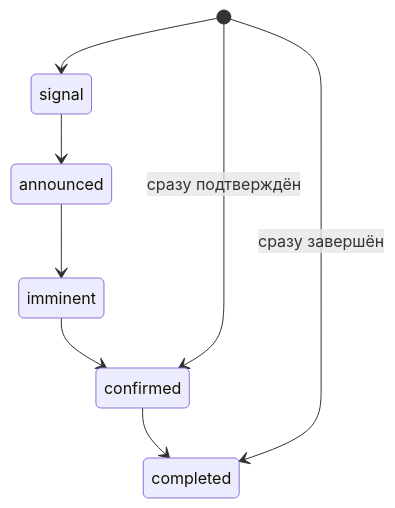
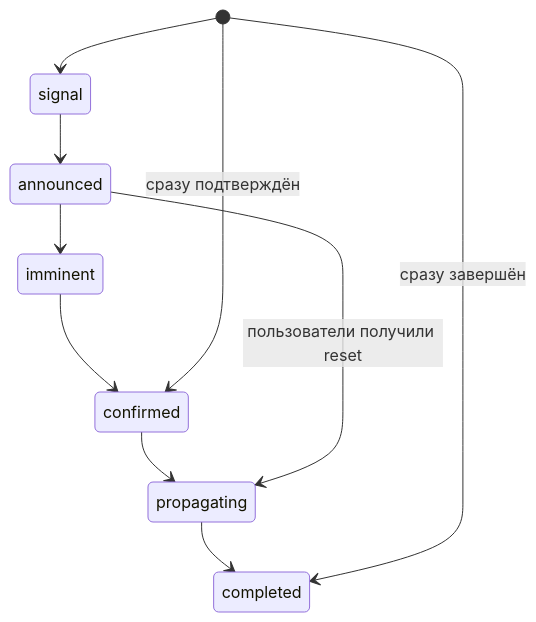
The second of 2 diagrams in docs/ADR-001.md (golosoman/codex-reset-watcher), drawn with Mermaid before and after one commit. The commit also changed other lines of this file and 37 other files, not shown here.

````diff
--- a/docs/ADR-001.md
+++ b/docs/ADR-001.md
@@ -42,10 +42,12 @@
 ```mermaid
 stateDiagram-v2
     [*] --> signal
     signal --> announced
     announced --> imminent
     imminent --> confirmed
-    confirmed --> completed
+    confirmed --> propagating
+    propagating --> completed
+    announced --> propagating: пользователи получили reset
     [*] --> confirmed: сразу подтверждён
     [*] --> completed: сразу завершён
 ```
````
